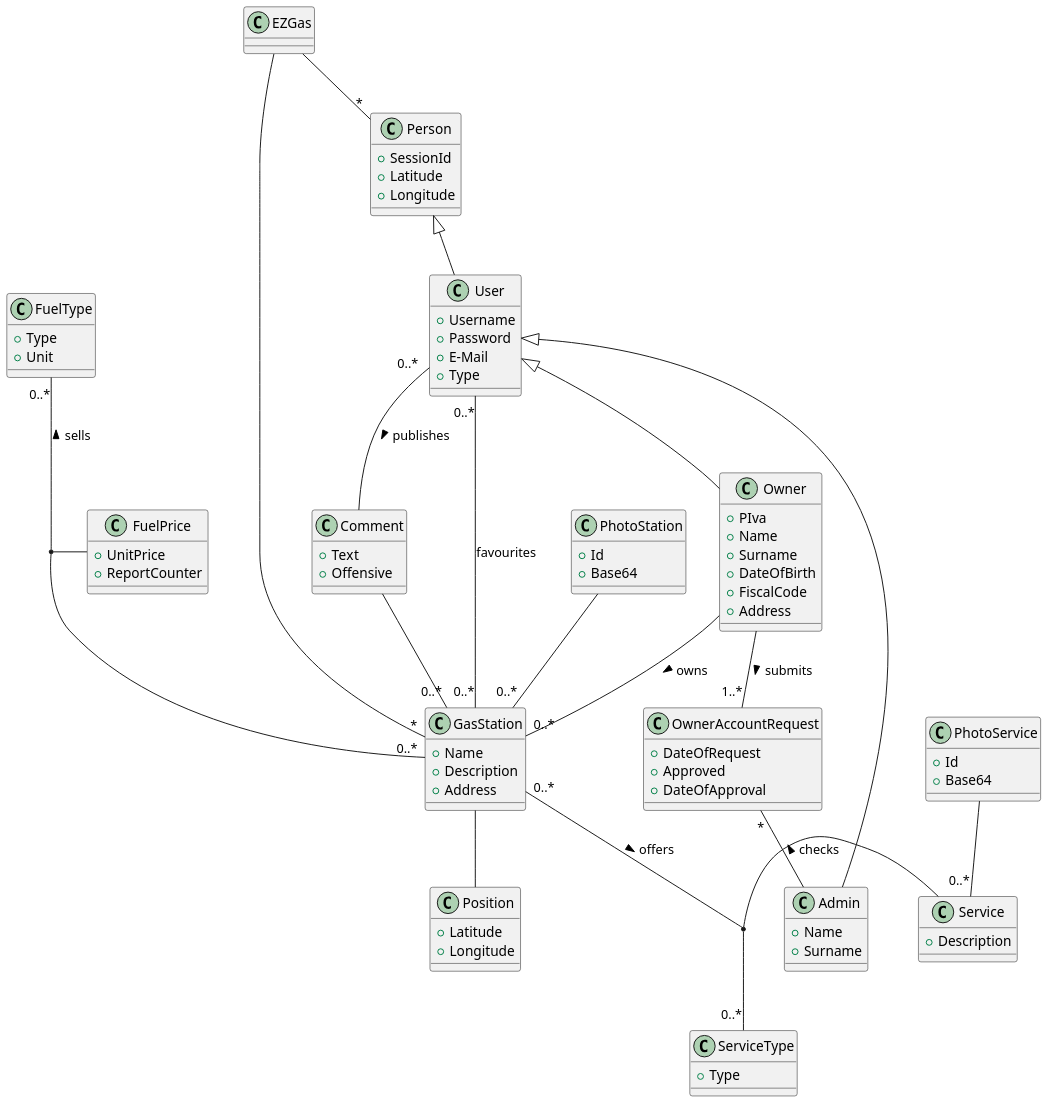
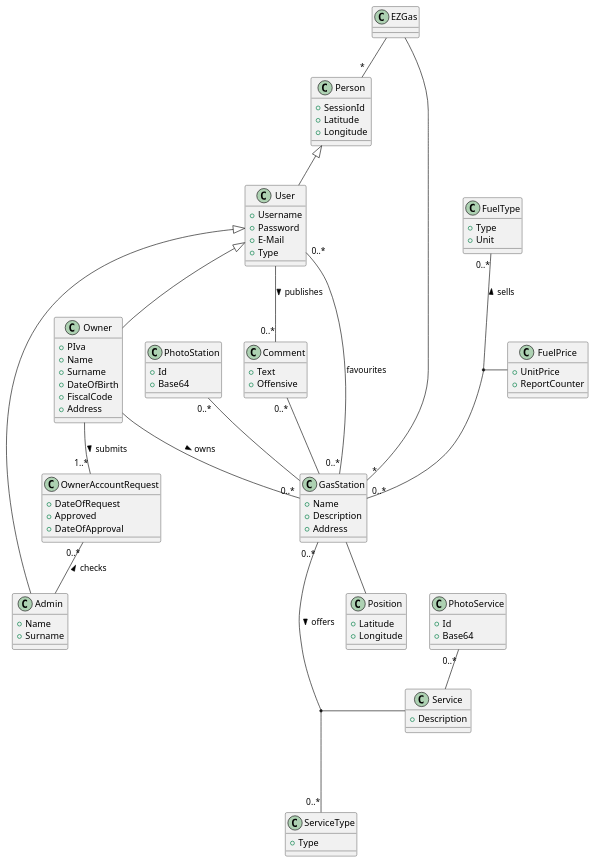
Before and after one commit to polito-se2-2020-team6/ezgas: the third of 5 diagrams in docs/RequirementsDocument.md, drawn with PlantUML.

Commit message:
docs: fix Glossary on docs/RequirementsDocument.md
Fix multiplicity
Fix classes layout

````diff
--- a/docs/RequirementsDocument.md
+++ b/docs/RequirementsDocument.md
@@ -599,6 +599,5 @@
 ```plantuml
 @startuml
-scale 1.5
 
 class EZGas
 class Person {
@@ -660,9 +659,9 @@
 	+ Offensive
 }
 class OwnerAccountRequest {
-	+ DateOfRequest
-	+ Approved
-	+ DateOfApproval
+		+ DateOfRequest
+		+ Approved
+		+ DateOfApproval
 }
 
 EZGas -- "*" Person
@@ -677,21 +676,21 @@
 User "0..*" -- "0..*" GasStation :"favourites"
 
 GasStation -- Position
-GasStation "0..*" -- "0..*" ServiceType :"> offers"
+GasStation "0..*" --- "0..*" ServiceType :"> offers"
 (GasStation, ServiceType) -- Service
 
 
 FuelType "0..*" -- "0..*" GasStation :"< sells"
 (GasStation, FuelType) -- FuelPrice
 
-PhotoStation -- "0..*" GasStation
-PhotoService -- "0..*" Service
+PhotoStation "0..*" -- GasStation
+PhotoService "0..*" -- Service
 
-User "0..* " -- Comment :"> publishes"
-Comment -- "0..*" GasStation
+User -- "0..*" Comment :"> publishes"
+Comment "0..*" -- GasStation
 
 Owner -- "1..*" OwnerAccountRequest :"> submits"
-OwnerAccountRequest "*" -- Admin :"< checks"
+OwnerAccountRequest "0..*" -- Admin :"< checks"
 
 @enduml
 ```
````
